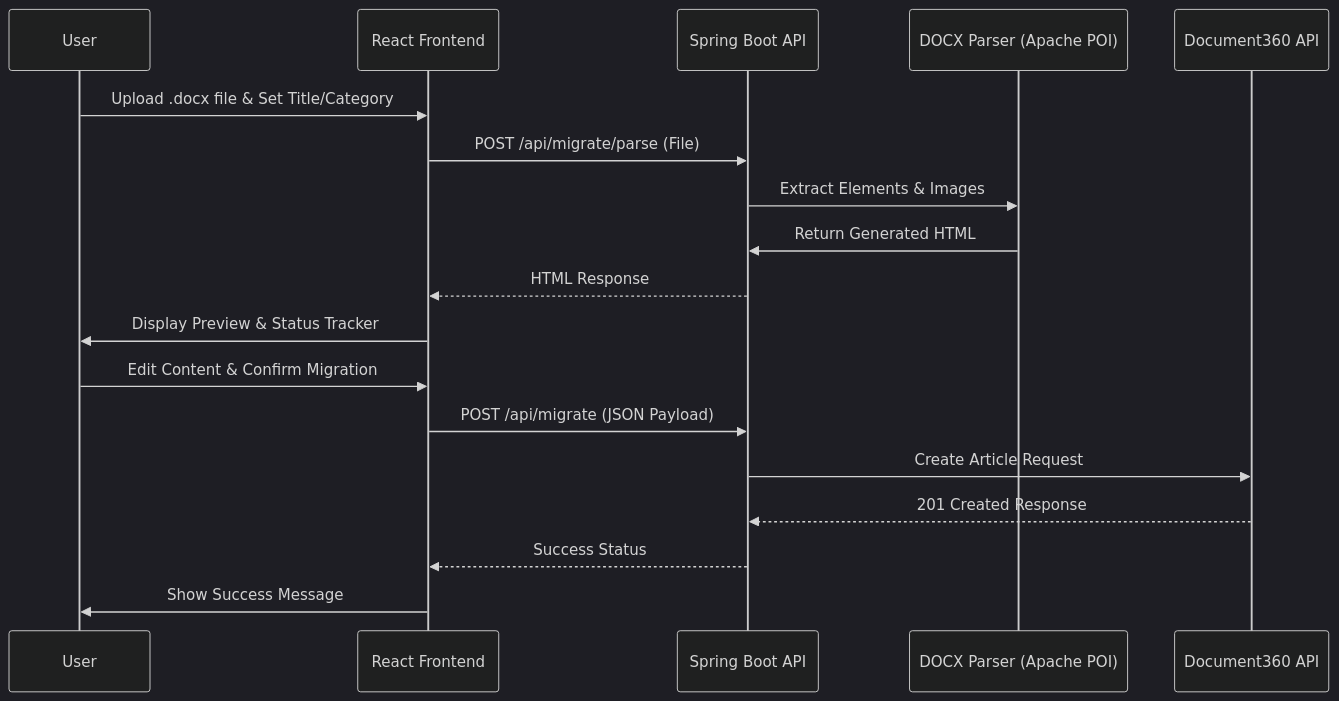
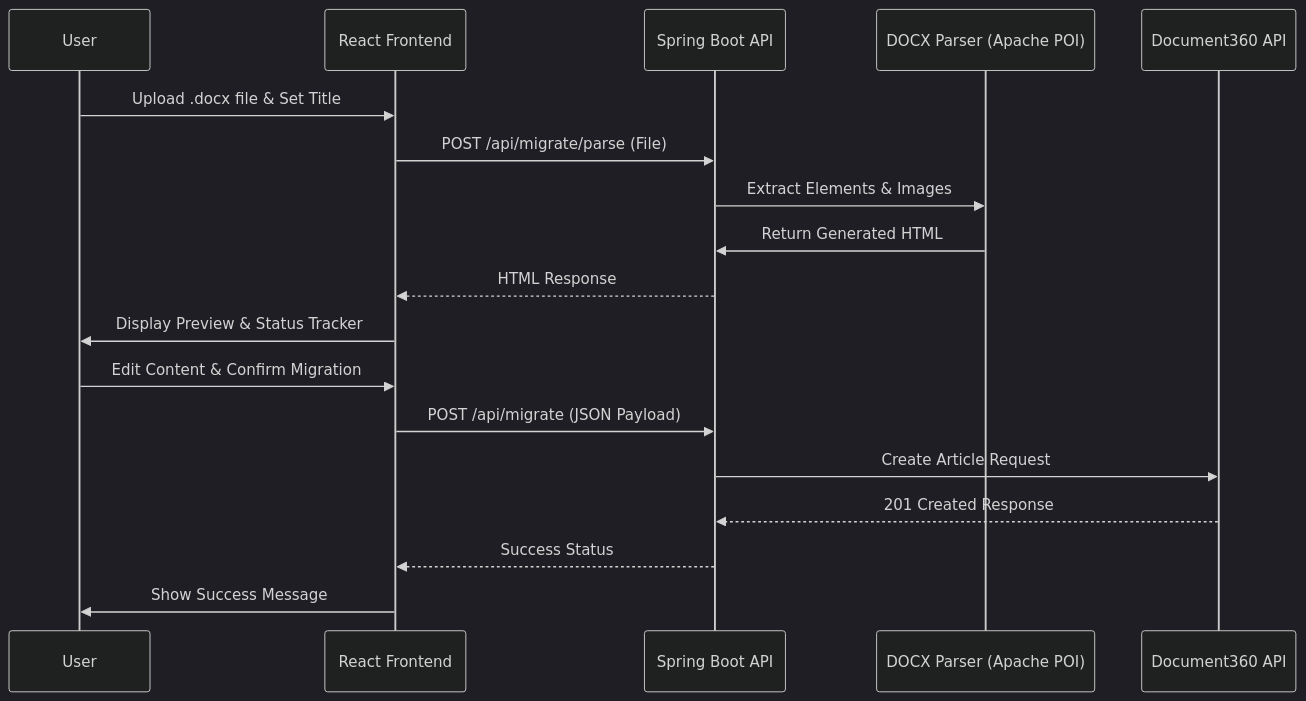
The diagram in README.md (KUMAR-VSK/Content-Migration), drawn with Mermaid (dark theme) before and after one commit. The commit also changed other lines of this file and 3 other files, not shown here.

````diff
--- a/README.md
+++ b/README.md
@@ -23,21 +23,21 @@
 ```mermaid
 sequenceDiagram
     participant U as User
     participant R as React Frontend
     participant S as Spring Boot API
     participant P as DOCX Parser (Apache POI)
     participant D as Document360 API
 
-    U->>R: Upload .docx file & Set Title/Category
+    U->>R: Upload .docx file & Set Title
     R->>S: POST /api/migrate/parse (File)
     S->>P: Extract Elements & Images
     P->>S: Return Generated HTML
     S-->>R: HTML Response
     R->>U: Display Preview & Status Tracker
     U->>R: Edit Content & Confirm Migration
     R->>S: POST /api/migrate (JSON Payload)
     S->>D: Create Article Request
     D-->>S: 201 Created Response
     S-->>R: Success Status
     R->>U: Show Success Message
 ```
````
